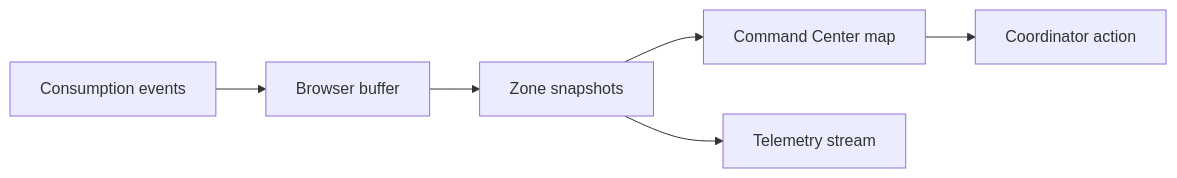
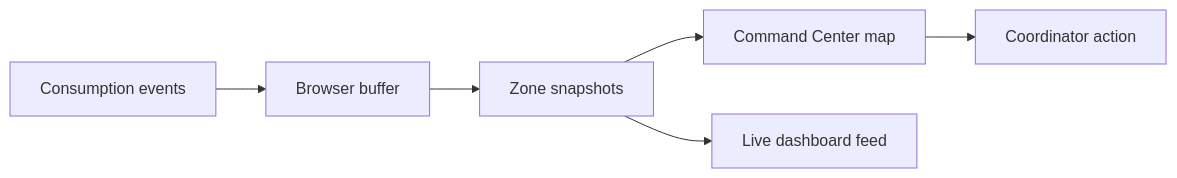
Before and after one commit to ikrame-ih/live-event-radar: the diagram in docs/business.md, drawn with Mermaid. The commit also changed other lines of this file and 39 other files, not shown here.

First line of the commit message:
feat: add Session tally and polish live dashboard UX

````diff
--- a/docs/business.md
+++ b/docs/business.md
@@ -30,8 +32,8 @@
 ```mermaid
 flowchart LR
   A[Consumption events] --> B[Browser buffer]
   B --> C[Zone snapshots]
   C --> D[Command Center map]
-  C --> E[Telemetry stream]
+  C --> E[Live dashboard feed]
   D --> F[Coordinator action]
 ```
````
